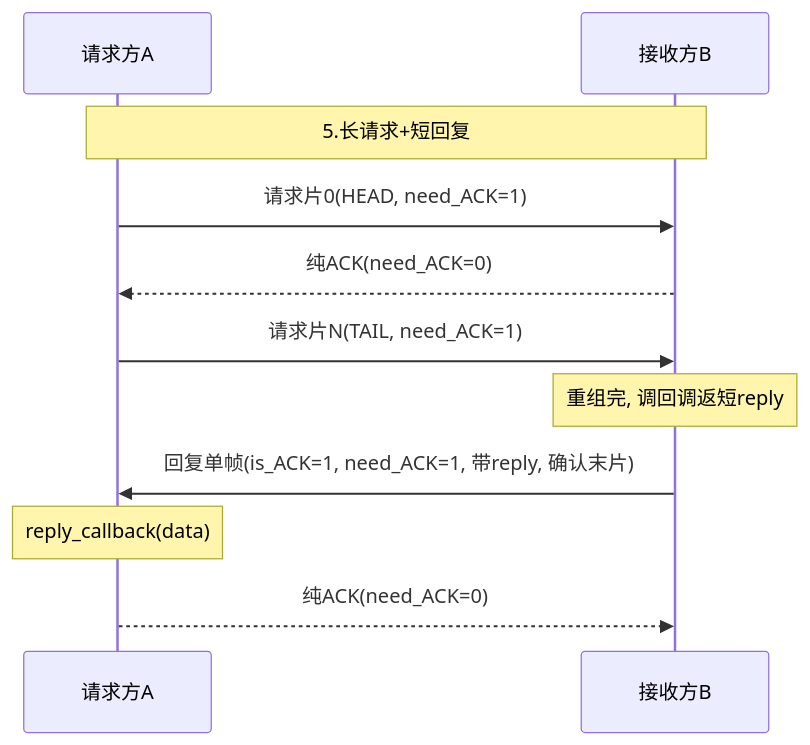
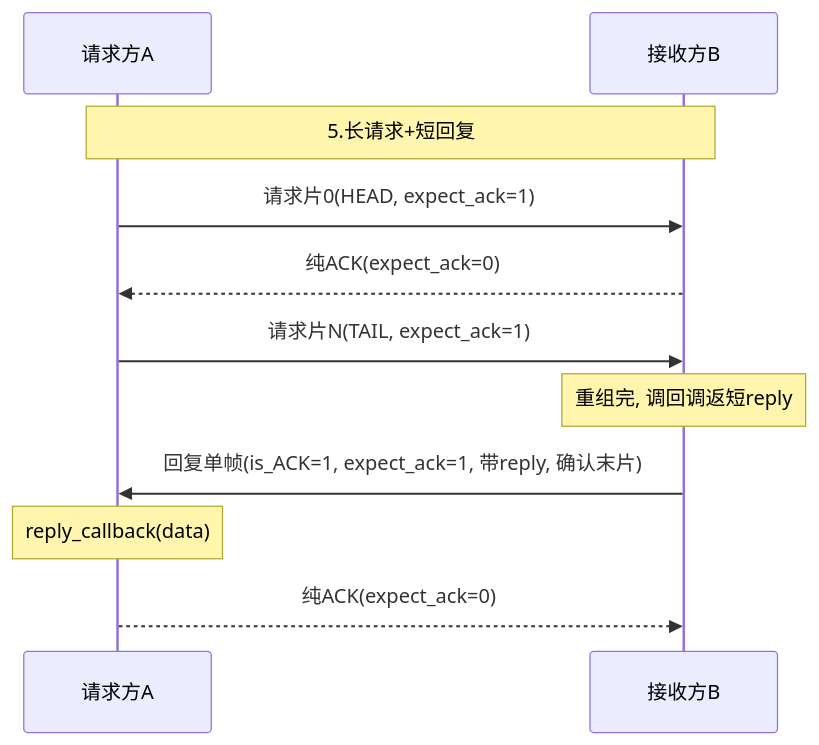
One commit to Siaiai/ObsidianNote changed the fifth of 14 diagrams in 工作/项目/代码/260401S3分拣面板-SIA-R9000P.md. Above: the diagram before and after it, drawn with Mermaid. The commit also changed other lines of this file and 1 other file, not shown here.

````diff
--- a/工作/项目/代码/260401S3分拣面板-SIA-R9000P.md
+++ b/工作/项目/代码/260401S3分拣面板-SIA-R9000P.md
@@ -139,13 +142,13 @@
 ```mermaid
 sequenceDiagram
     participant A as 请求方A
     participant B as 接收方B
     Note over A,B: 5.长请求+短回复
-    A->>B: 请求片0(HEAD, need_ACK=1)
-    B-->>A: 纯ACK(need_ACK=0)
-    A->>B: 请求片N(TAIL, need_ACK=1)
+    A->>B: 请求片0(HEAD, expect_ack=1)
+    B-->>A: 纯ACK(expect_ack=0)
+    A->>B: 请求片N(TAIL, expect_ack=1)
     Note over B: 重组完, 调回调返短reply
-    B->>A: 回复单帧(is_ACK=1, need_ACK=1, 带reply, 确认末片)
+    B->>A: 回复单帧(is_ACK=1, expect_ack=1, 带reply, 确认末片)
     Note over A: reply_callback(data)
-    A-->>B: 纯ACK(need_ACK=0)
+    A-->>B: 纯ACK(expect_ack=0)
 ```
````
